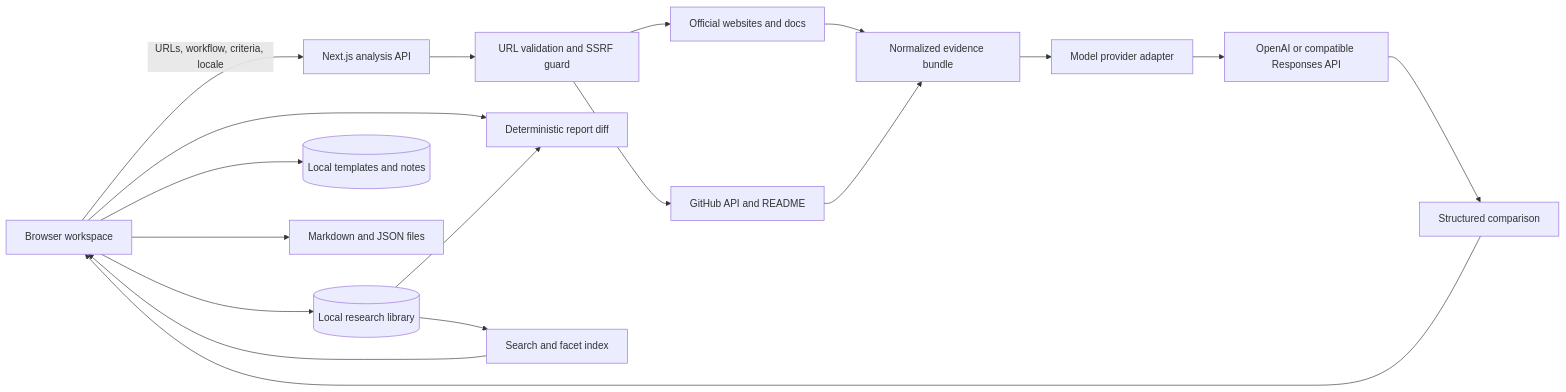
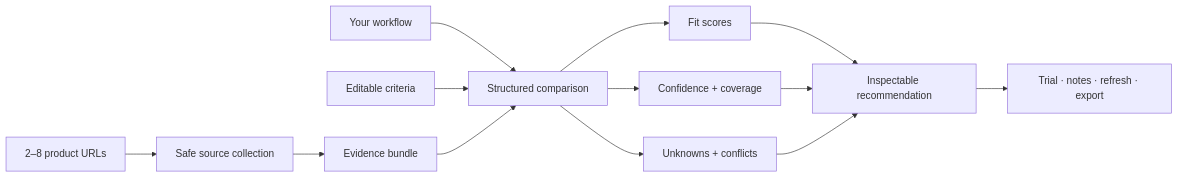
The first of 2 diagrams in README.md (wp043/fitlens), drawn with Mermaid before and after one commit. The commit also changed other lines of this file and 5 other files, not shown here.

````diff
--- a/README.md
+++ b/README.md
@@ -115,20 +84,15 @@
 ```mermaid
 flowchart LR
-    U[Browser workspace] -->|URLs, workflow, criteria, locale| A[Next.js analysis API]
-    A --> V[URL validation and SSRF guard]
-    V --> W[Official websites and docs]
-    V --> G[GitHub API and README]
-    W --> E[Normalized evidence bundle]
-    G --> E
-    E --> M[Model provider adapter]
-    M --> O[OpenAI or compatible Responses API]
-    O --> R[Structured comparison]
-    R --> U
-    U --> H[(Local research library)]
-    U --> P[(Local templates and notes)]
-    U --> D[Deterministic report diff]
-    H --> D
-    H --> I[Search and facet index]
-    I --> U
-    U --> X[Markdown and JSON files]
+    A[2–8 product URLs] --> B[Safe source collection]
+    W[Your workflow] --> D[Structured comparison]
+    C[Editable criteria] --> D
+    B --> E[Evidence bundle]
+    E --> D
+    D --> F[Fit scores]
+    D --> G[Confidence + coverage]
+    D --> H[Unknowns + conflicts]
+    F --> I[Inspectable recommendation]
+    G --> I
+    H --> I
+    I --> J[Trial · notes · refresh · export]
 ```
````
